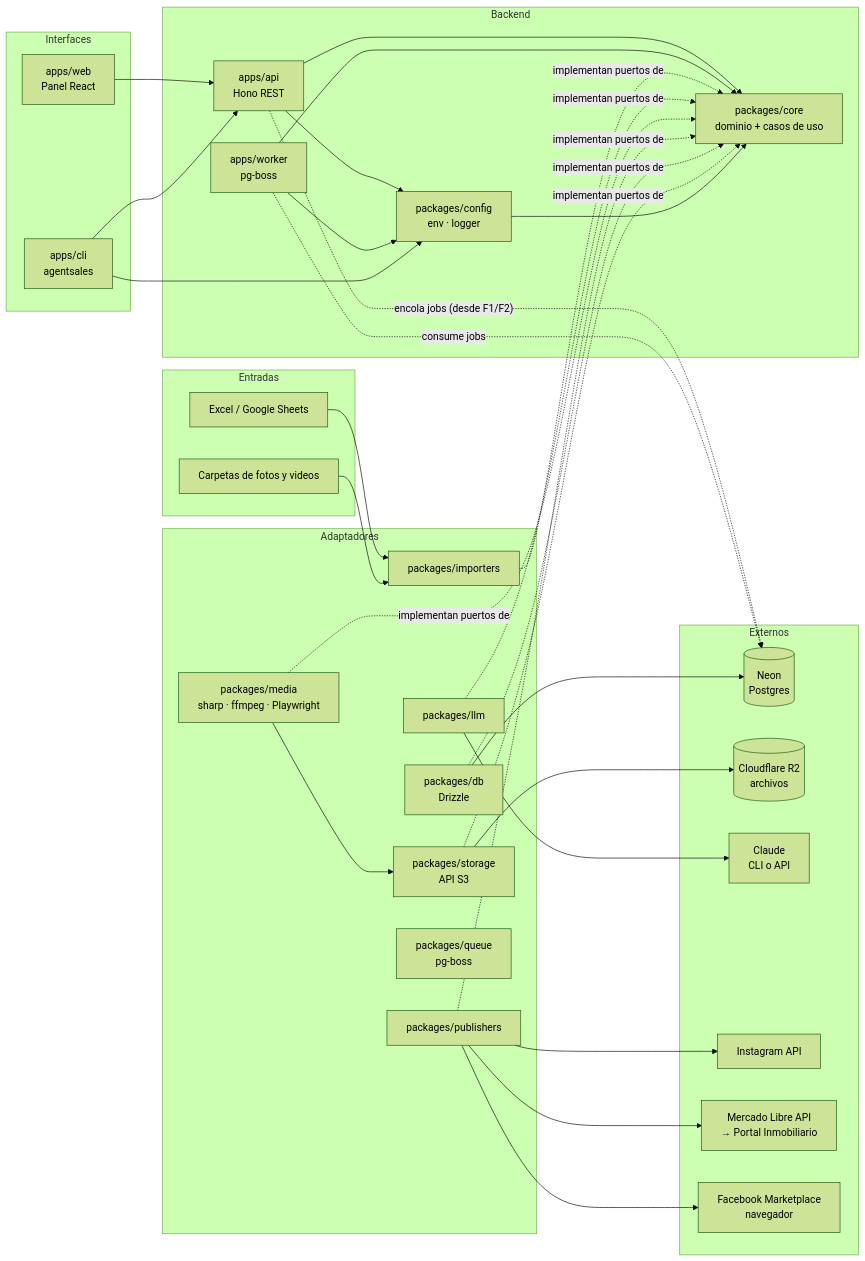
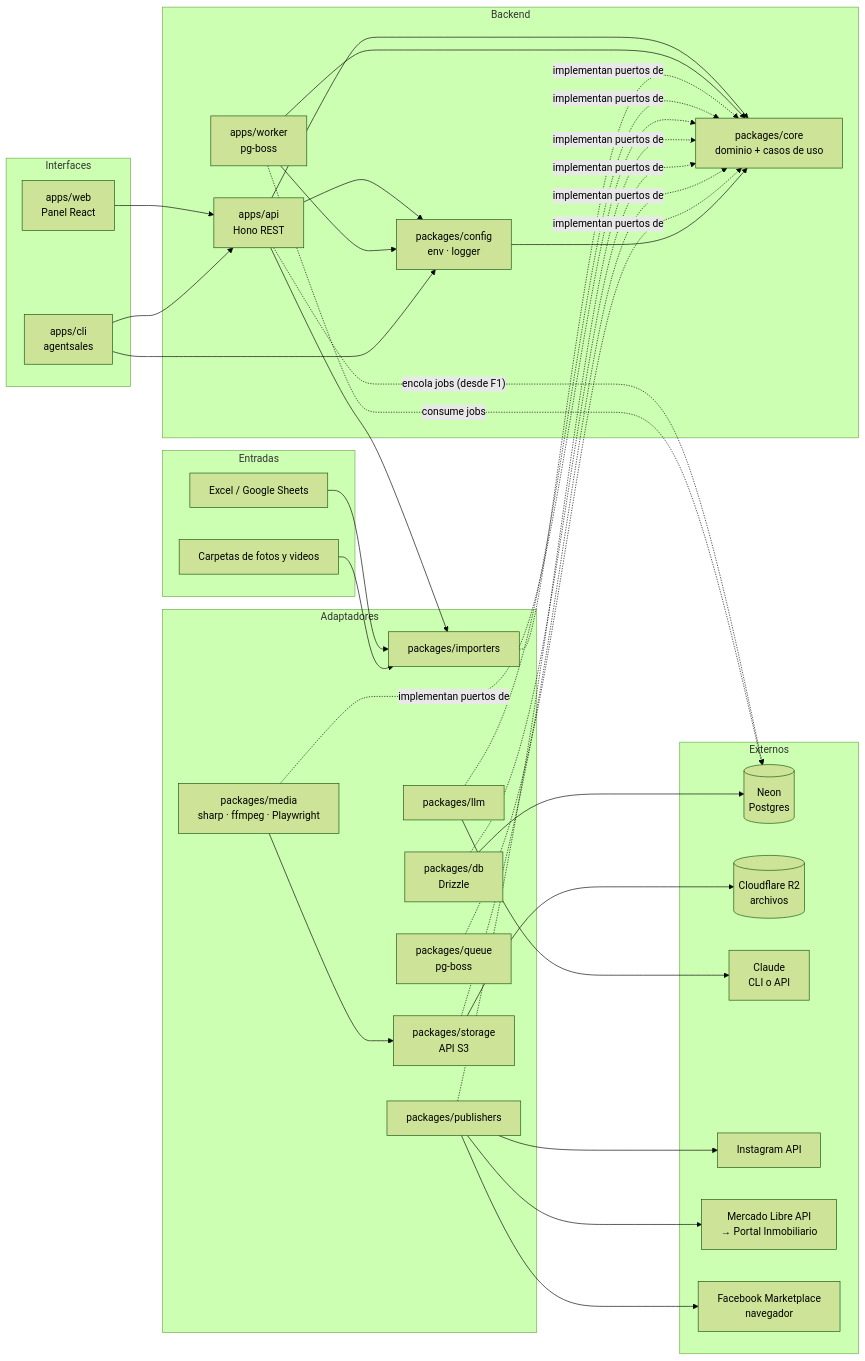
The first of 2 diagrams in docs/01-arquitectura.md (vicentewolde/AgentSales), drawn with Mermaid (forest theme) before and after one commit. The commit also changed other lines of this file and 14 other files, not shown here.

````diff
--- a/docs/01-arquitectura.md
+++ b/docs/01-arquitectura.md
@@ -5,55 +5,56 @@
 ```mermaid
 flowchart LR
   subgraph Entradas
     XLSX[Excel / Google Sheets]
     MED[Carpetas de fotos y videos]
   end
 
   subgraph Interfaces
     WEB[apps/web<br/>Panel React]
     CLI[apps/cli<br/>agentsales]
   end
 
   subgraph Backend
     API[apps/api<br/>Hono REST]
     WRK[apps/worker<br/>pg-boss]
     CORE[packages/core<br/>dominio + casos de uso]
     CFG[packages/config<br/>env · logger]
   end
 
   subgraph Adaptadores
     IMP[packages/importers]
     LLM[packages/llm]
     MEDIA[packages/media<br/>sharp · ffmpeg · Playwright]
     PUB[packages/publishers]
     DB[packages/db<br/>Drizzle]
     STO[packages/storage<br/>API S3]
     QUE[packages/queue<br/>pg-boss]
   end
 
   subgraph Externos
     NEON[(Neon<br/>Postgres)]
     R2[(Cloudflare R2<br/>archivos)]
     CL[Claude<br/>CLI o API]
     IG[Instagram API]
     ML[Mercado Libre API<br/>→ Portal Inmobiliario]
     FB[Facebook Marketplace<br/>navegador]
   end
 
   XLSX --> IMP
   MED --> IMP
   WEB --> API
   CLI --> API
   API --> CORE
   WRK --> CORE
-  IMP & LLM & MEDIA & PUB & DB & STO -. implementan puertos de .-> CORE
+  IMP & LLM & MEDIA & PUB & DB & STO & QUE -. implementan puertos de .-> CORE
   API & WRK & CLI --> CFG
   CFG --> CORE
   DB --> NEON
   STO --> R2
   MEDIA --> STO
   LLM --> CL
   PUB --> IG & ML & FB
-  API -. encola jobs (desde F1/F2) .-> NEON
+  API -. encola jobs (desde F1) .-> NEON
+  API --> IMP
   WRK -. consume jobs .-> NEON
 ```
````
